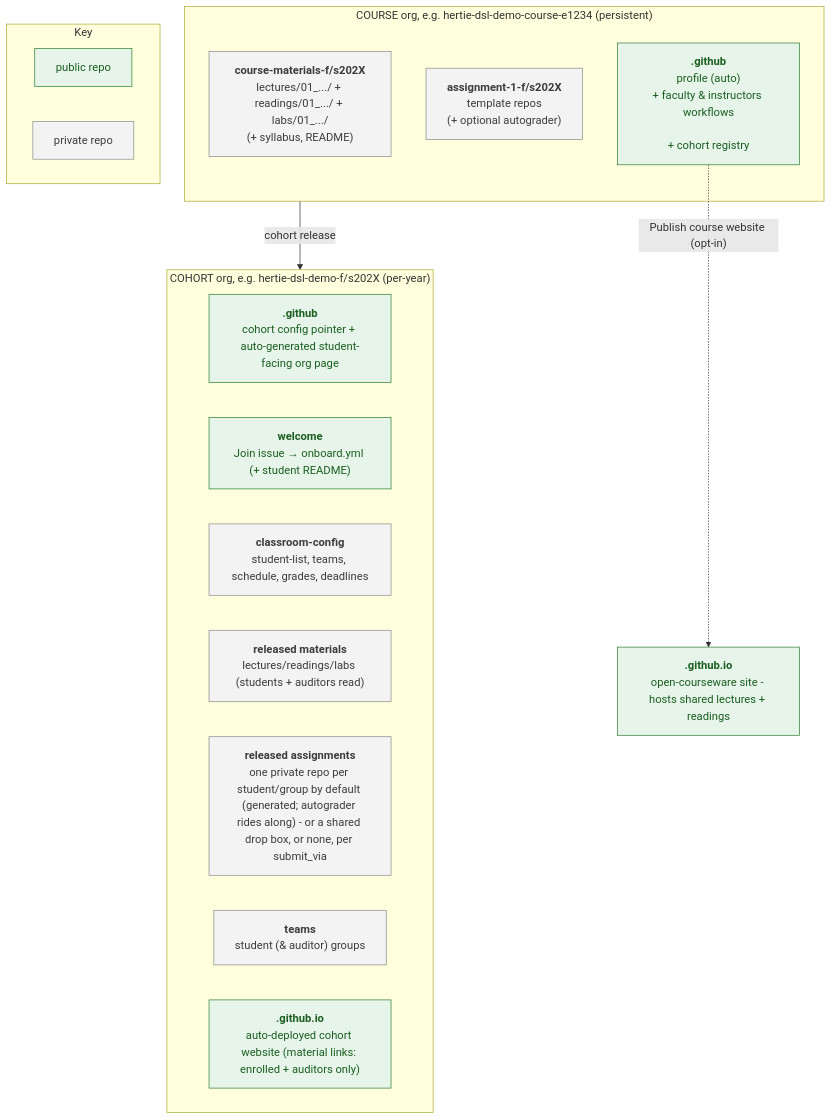
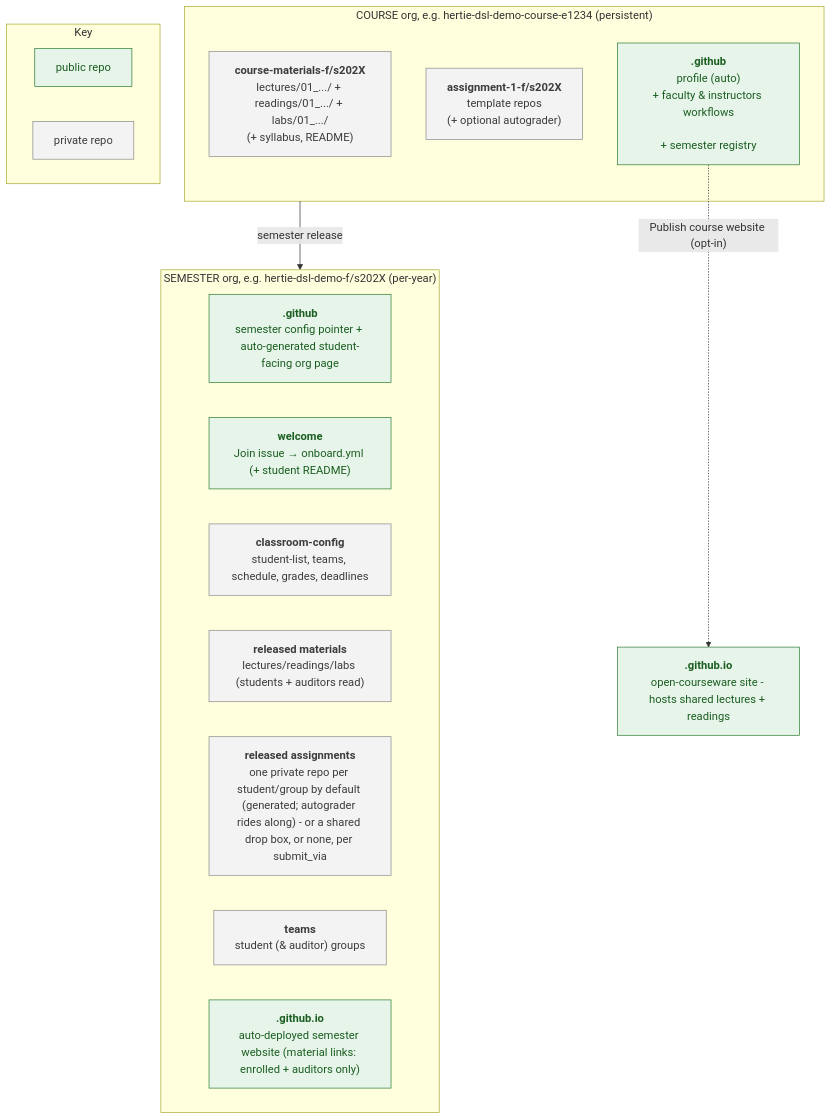
Before and after one commit to hertie-data-science-lab/dsl-teaching-toolkit: the diagram in README.md, drawn with Mermaid. The commit also changed other lines of this file and 201 other files, not shown here.

First line of the commit message:
refactor(names): rename cohort, term and tag to semester

````diff
--- a/README.md
+++ b/README.md
@@ -37,63 +37,63 @@
 ```mermaid
 flowchart TB
   subgraph COURSE["COURSE org, e.g. hertie-dsl-demo-course-e1234 (persistent)"]
     mat["`**course-materials-f/s202X**
 
 lectures/01_.../ + readings/01_.../ + labs/01_.../
 
 (+ syllabus, README)`"]
     tmpl["`**assignment-1-f/s202X**
 
 template repos
 
 (+ optional autograder)`"]
     gh["`**.github**
 
 profile (auto)
 
 + faculty & instructors workflows
 
-+ cohort registry`"]
++ semester registry`"]
   end
 
-  subgraph COHORT["COHORT org, e.g. hertie-dsl-demo-f/s202X (per-year)"]
+  subgraph SEMESTER["SEMESTER org, e.g. hertie-dsl-demo-f/s202X (per-year)"]
     cgh["`**.github**
 
-cohort config pointer + auto-generated student-facing org page`"]
+semester config pointer + auto-generated student-facing org page`"]
     welcome["`**welcome**
 
 Join issue → onboard.yml (+ student README)`"]
     cfg["`**classroom-config**
 
 student-list, teams, schedule, grades, deadlines`"]
     cmat["`**released materials**
 
 lectures/readings/labs (students + auditors read)`"]
     repos["`**released assignments**
 
 one private repo per student/group by default (generated; autograder rides along) - or a shared drop box, or none, per submit_via`"]
     team["`**teams**
 
 student (& auditor) groups`"]
-    site["`**<cohort>.github.io**
+    site["`**<semester>.github.io**
 
-auto-deployed cohort website (material links: enrolled + auditors only)`"]
+auto-deployed semester website (material links: enrolled + auditors only)`"]
   end
 
   pub["`**<course-org>.github.io**
 
 open-courseware site - hosts shared lectures + readings`"]
 
-  COURSE -->|"cohort release"| COHORT
+  COURSE -->|"semester release"| SEMESTER
   gh -.->|"Publish course website (opt-in)"| pub
 
   subgraph KEY["Key"]
     keypub["public repo"]
     keypriv["private repo"]
   end
 
   classDef public fill:#e6f4ea,stroke:#2e7d32,color:#1b5e20;
   classDef private fill:#f3f3f3,stroke:#8a8a8a,color:#3c3c3c;
   class gh,cgh,welcome,site,pub,keypub public;
   class mat,tmpl,cfg,cmat,repos,team,keypriv private;
 ```
````
